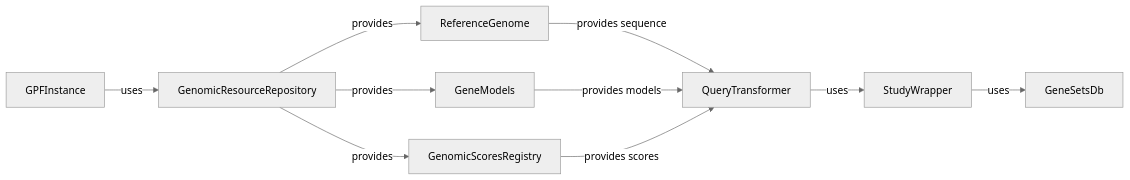
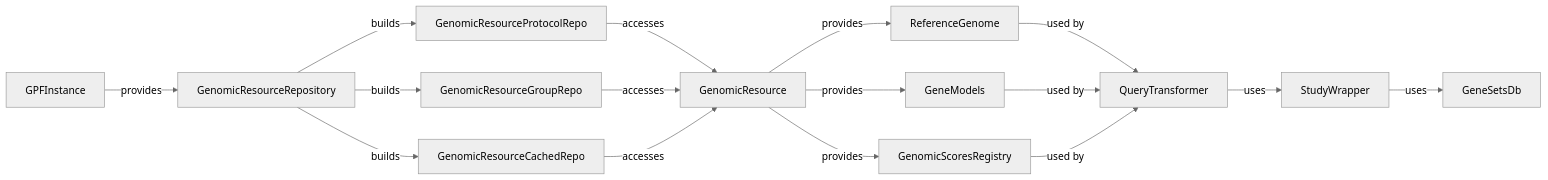
The diagram in gpf/Genomic Resource Management.md (CodeBoarding/GeneratedOnBoardings), drawn with Mermaid (neutral theme) before and after one commit. The commit also changed other lines of this file and 6 other files, not shown here.

````diff
--- a/gpf/Genomic Resource Management.md
+++ b/gpf/Genomic Resource Management.md
@@ -5,16 +7,20 @@
 ```mermaid
 graph LR
-    GPFInstance--uses-->GenomicResourceRepository
-    GenomicResourceRepository--provides-->ReferenceGenome
-    GenomicResourceRepository--provides-->GeneModels
-    GenomicResourceRepository--provides-->GenomicScoresRegistry
-    ReferenceGenome--provides sequence-->QueryTransformer
-    GeneModels--provides models-->QueryTransformer
-    GenomicScoresRegistry--provides scores-->QueryTransformer
+    GPFInstance--provides-->GenomicResourceRepository
+    GenomicResourceRepository--builds-->GenomicResourceProtocolRepo
+    GenomicResourceRepository--builds-->GenomicResourceGroupRepo
+    GenomicResourceRepository--builds-->GenomicResourceCachedRepo
+    GenomicResourceProtocolRepo--accesses-->GenomicResource
+    GenomicResourceGroupRepo--accesses-->GenomicResource
+    GenomicResourceCachedRepo--accesses-->GenomicResource
+    GenomicResource--provides-->ReferenceGenome
+    GenomicResource--provides-->GeneModels
+    GenomicResource--provides-->GenomicScoresRegistry
+    ReferenceGenome--used by-->QueryTransformer
+    GeneModels--used by-->QueryTransformer
+    GenomicScoresRegistry--used by-->QueryTransformer
     QueryTransformer--uses-->StudyWrapper
     StudyWrapper--uses-->GeneSetsDb
 
 
-
-
 ```
````
